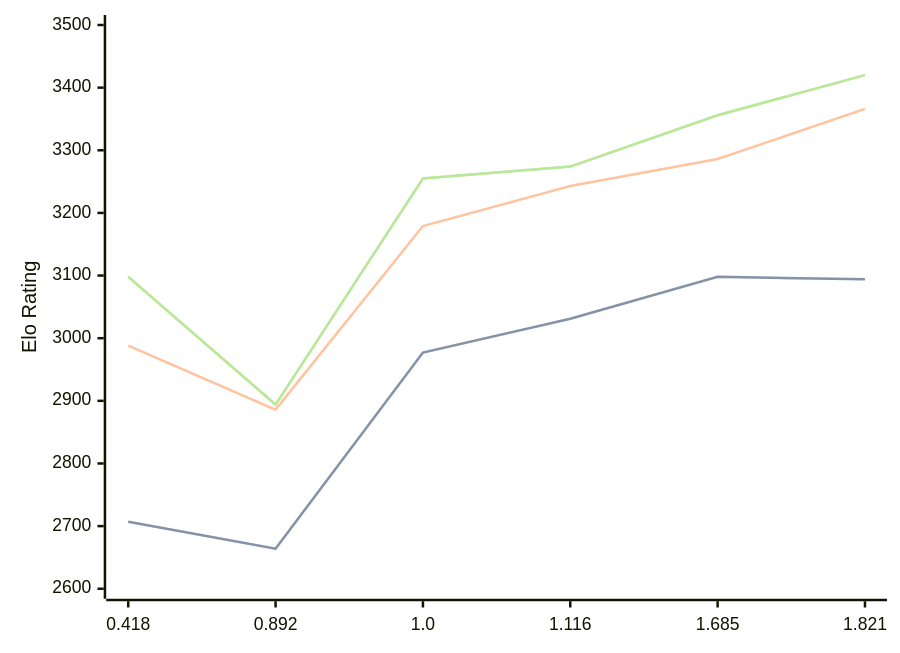
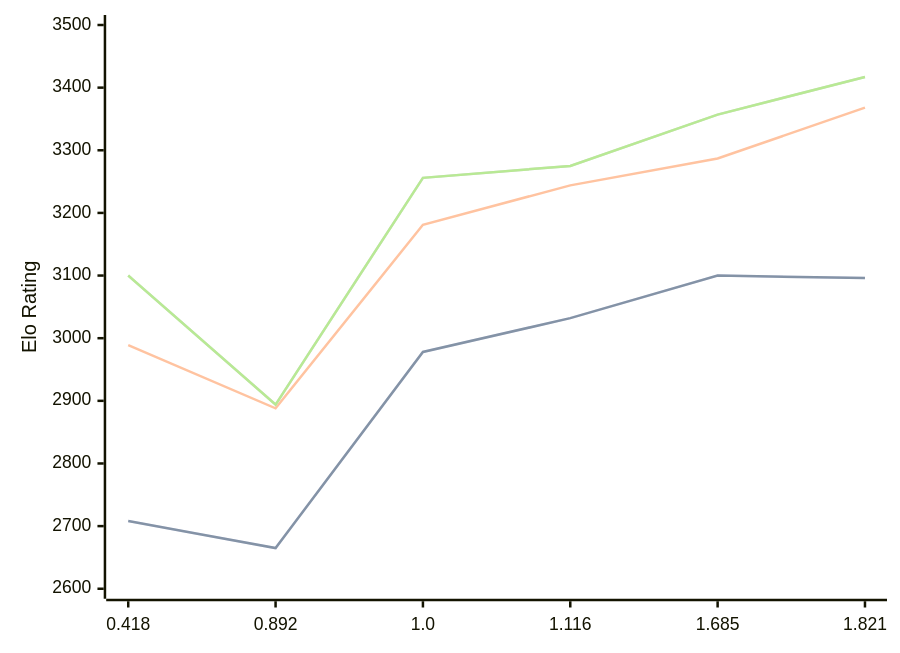
The diagram in engines/Malika.md (computer-chess-index/cci), drawn with Mermaid before and after one commit. The commit also changed other lines of this file, not shown here.

Commit message:
Update CCI Ratings (ELO VLTC) - 2026-08-26

````diff
--- a/engines/Malika.md
+++ b/engines/Malika.md
@@ -36,11 +36,11 @@
 ```mermaid
 %%{init: {"theme":"base","themeVariables":{"seriesColors:['#a3a3a3','#222221','#faa371']}}}%%
 xychart-beta
   x-axis ["0.418", "0.892", "1.0", "1.116", "1.685", "1.821"]
   y-axis "Elo Rating" 2600 --> 3500
-  line "STC (8.0+0.08s)" [2707, 2664, 2977, 3031, 3098, 3094]
-  line "STC (8.0+0.08s)" [2707, 2664, 2977, 3031, 3098, 3094]
-  line "LTC (60.0+0.60s)" [2988, 2886, 3179, 3243, 3286, 3366]
-  line "VLTC (2m24s+1.12s)" [3098, 2894, 3255, 3274, 3356, 3420]
-  line "VLTC (2m24s+1.12s)" [3098, 2894, 3255, 3274, 3356, 3420]
+  line "STC (8.0+0.08s)" [2708, 2665, 2978, 3032, 3100, 3096]
+  line "STC (8.0+0.08s)" [2708, 2665, 2978, 3032, 3100, 3096]
+  line "LTC (60.0+0.60s)" [2989, 2888, 3181, 3244, 3287, 3368]
+  line "VLTC (2m24s+1.12s)" [3100, 2894, 3256, 3275, 3357, 3417]
+  line "VLTC (2m24s+1.12s)" [3100, 2894, 3256, 3275, 3357, 3417]
 ```
````
